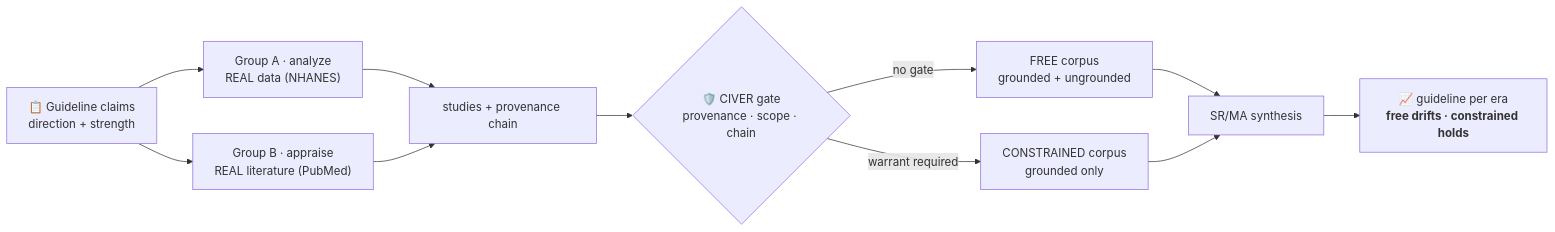
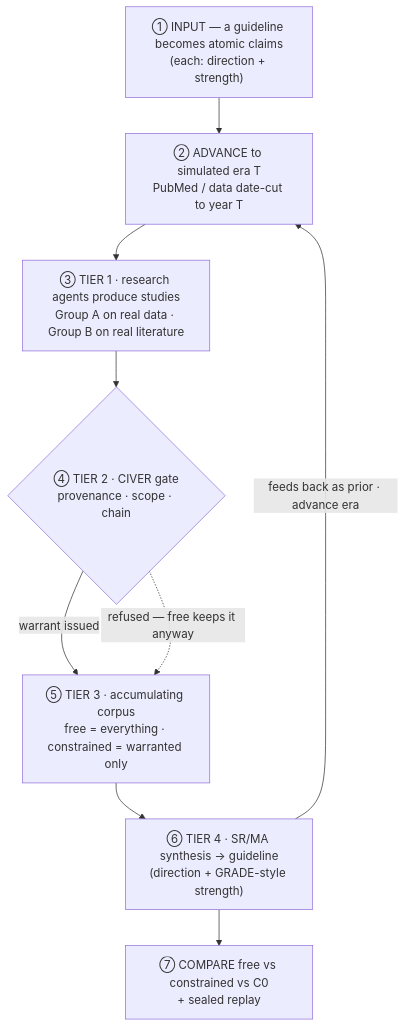
The first of 4 diagrams in README.md (tuyentran-md/medevo), drawn with Mermaid before and after one commit. The commit also changed other lines of this file, not shown here.

First line of the commit message:
docs: README now shows the full model — pipeline, agents, SRMA, drift

````diff
--- a/README.md
+++ b/README.md
@@ -34,13 +25,16 @@
 ```mermaid
-flowchart LR
-    G["📋 Guideline claims<br/>direction + strength"] --> A1["Group A · analyze<br/>REAL data (NHANES)"]
-    G --> A2["Group B · appraise<br/>REAL literature (PubMed)"]
-    A1 --> S["studies + provenance chain"]
-    A2 --> S
-    S --> GATE{"🛡️ CIVER gate<br/>provenance · scope · chain"}
-    GATE -->|"no gate"| FREE["FREE corpus<br/>grounded + ungrounded"]
-    GATE -->|"warrant required"| CON["CONSTRAINED corpus<br/>grounded only"]
-    FREE --> SR["SR/MA synthesis"]
-    CON --> SR
-    SR --> OUT["📈 guideline per era<br/><b>free drifts · constrained holds</b>"]
+flowchart TD
+    S1["① INPUT — a guideline becomes atomic claims<br/>(each: direction + strength)"]
+    S2["② ADVANCE to simulated era T<br/>PubMed / data date-cut to year T"]
+    S3["③ TIER 1 · research agents produce studies<br/>Group A on real data · Group B on real literature"]
+    S4{"④ TIER 2 · CIVER gate<br/>provenance · scope · chain"}
+    S6["⑤ TIER 3 · accumulating corpus<br/>free = everything · constrained = warranted only"]
+    S7["⑥ TIER 4 · SR/MA synthesis → guideline<br/>(direction + GRADE-style strength)"]
+    S8["⑦ COMPARE free vs constrained vs C0<br/>+ sealed replay"]
+    S1 --> S2 --> S3 --> S4
+    S4 -->|warrant issued| S6
+    S4 -.->|refused — free keeps it anyway| S6
+    S6 --> S7
+    S7 -->|feeds back as prior · advance era| S2
+    S7 --> S8
 ```
````
